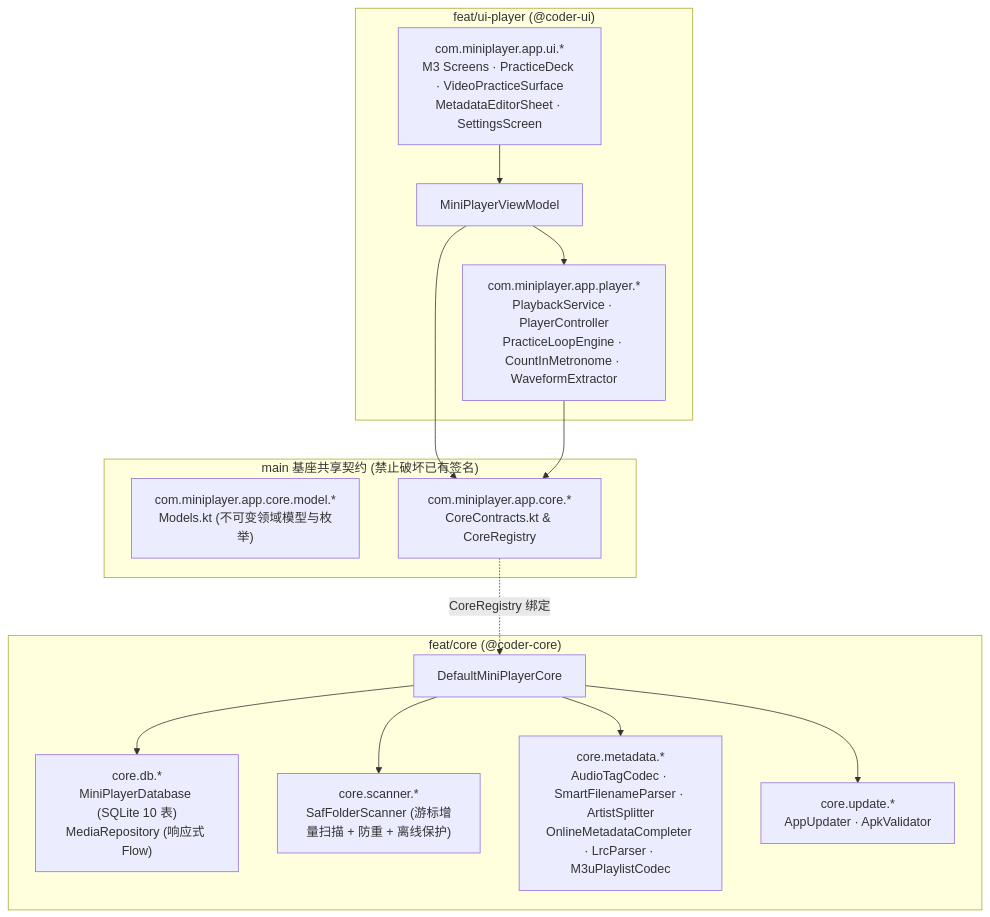
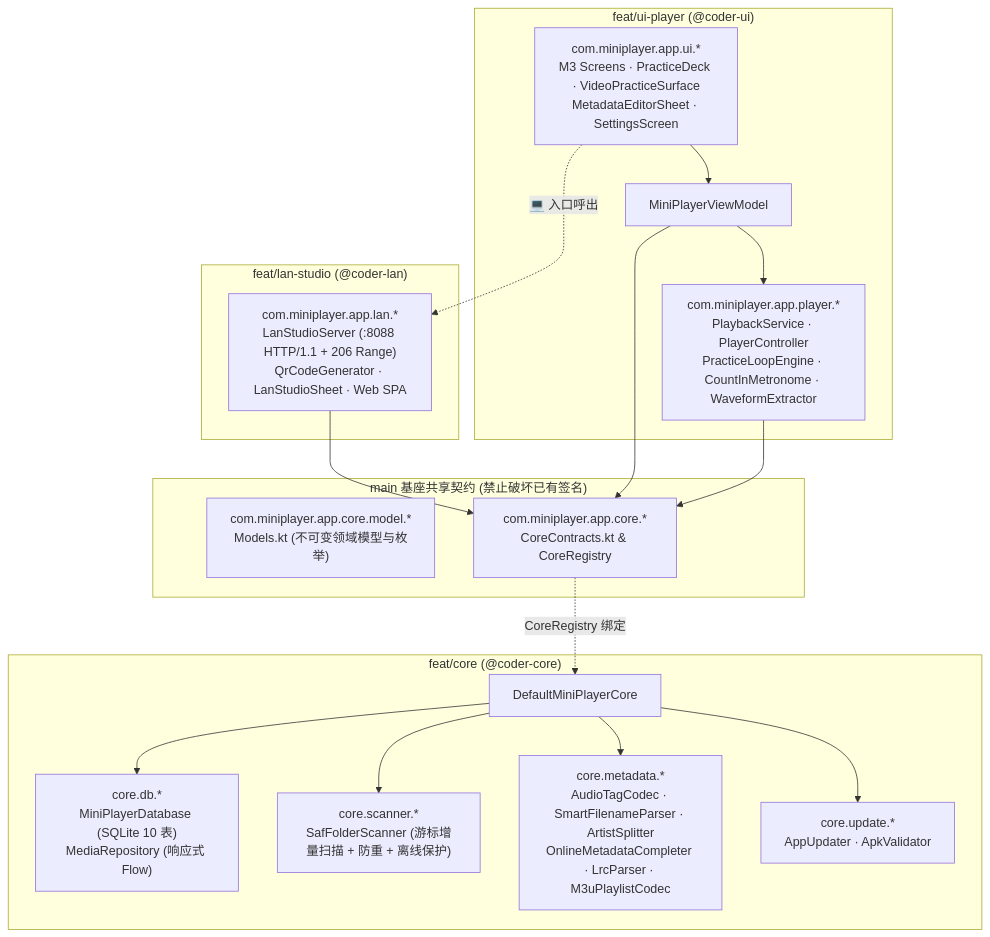
One commit to codescv/miniplayer changed the diagram in ARCHITECTURE.md. Above: the diagram before and after it, drawn with Mermaid. The commit also changed other lines of this file and 1 other file, not shown here.

Commit message:
docs: add PC LAN Web Studio and GitHub Auto-Updater specs to DESIGN.md and ARCHITECTURE.md

````diff
--- a/ARCHITECTURE.md
+++ b/ARCHITECTURE.md
@@ -13,31 +13,37 @@
 ```mermaid
 flowchart TD
     subgraph UI_Player["feat/ui-player (@coder-ui)"]
         UI["com.miniplayer.app.ui.*\nM3 Screens · PracticeDeck · VideoPracticeSurface\nMetadataEditorSheet · SettingsScreen"]
         VM["MiniPlayerViewModel"]
         PL["com.miniplayer.app.player.*\nPlaybackService · PlayerController\nPracticeLoopEngine · CountInMetronome · WaveformExtractor"]
+    end
+
+    subgraph LAN_Studio["feat/lan-studio (@coder-lan)"]
+        LAN["com.miniplayer.app.lan.*\nLanStudioServer (:8088 HTTP/1.1 + 206 Range)\nQrCodeGenerator · LanStudioSheet · Web SPA"]
     end
 
     subgraph Shared["main 基座共享契约 (禁止破坏已有签名)"]
         Models["com.miniplayer.app.core.model.*\nModels.kt (不可变领域模型与枚举)"]
         Contracts["com.miniplayer.app.core.*\nCoreContracts.kt & CoreRegistry"]
     end
 
     subgraph Core_Impl["feat/core (@coder-core)"]
         Impl["DefaultMiniPlayerCore"]
         DB["core.db.*\nMiniPlayerDatabase (SQLite 10 表)\nMediaRepository (响应式 Flow)"]
         Scan["core.scanner.*\nSafFolderScanner (游标增量扫描 + 防重 + 离线保护)"]
         Meta["core.metadata.*\nAudioTagCodec · SmartFilenameParser · ArtistSplitter\nOnlineMetadataCompleter · LrcParser · M3uPlaylistCodec"]
         Upd["core.update.*\nAppUpdater · ApkValidator"]
     end
 
     UI --> VM
+    UI -. "💻 入口呼出" .-> LAN
+    LAN --> Contracts
     VM --> PL
     VM --> Contracts
     PL --> Contracts
     Contracts -. "CoreRegistry 绑定" .-> Impl
     Impl --> DB
     Impl --> Scan
     Impl --> Meta
     Impl --> Upd
 ```
````
